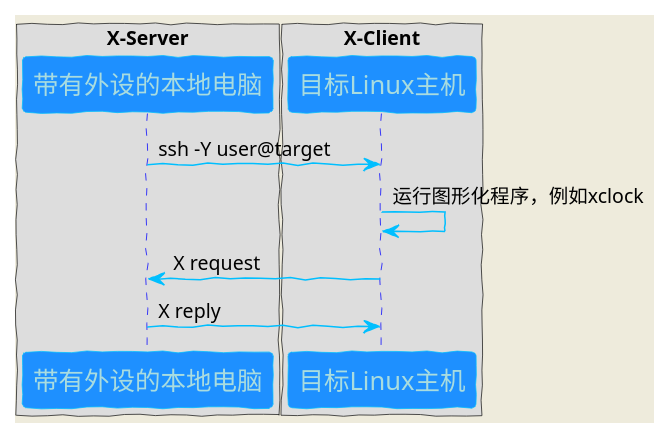
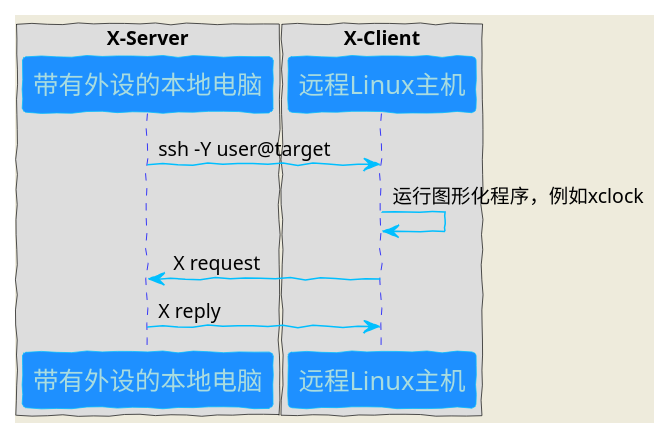
One commit to liuyehcf/BlogSource changed the diagram in _posts/Linux-常用命令.md. Above: the diagram before and after it, drawn with PlantUML. The commit also changed other lines of this file, not shown here.

````diff
--- a/_posts/Linux-常用命令.md
+++ b/_posts/Linux-常用命令.md
@@ -3112,35 +3112,35 @@
 ```plantuml
 skinparam backgroundColor #EEEBDC
 skinparam handwritten true
 
 skinparam sequence {
 	ArrowColor DeepSkyBlue
 	ActorBorderColor DeepSkyBlue
 	LifeLineBorderColor blue
 	LifeLineBackgroundColor #A9DCDF
 	
 	ParticipantBorderColor DeepSkyBlue
 	ParticipantBackgroundColor DodgerBlue
 	ParticipantFontName Impact
 	ParticipantFontSize 17
 	ParticipantFontColor #A9DCDF
 	
 	ActorBackgroundColor aqua
 	ActorFontColor DeepSkyBlue
 	ActorFontSize 17
 	ActorFontName Aapex
 }
 
 box "X-Server"
 participant X_Server as "带有外设的本地电脑"
 end box
 
 box "X-Client"
-participant X_Client as "目标Linux主机"
+participant X_Client as "远程Linux主机"
 end box
 
 X_Server -> X_Client: ssh -Y user@target
 X_Client -> X_Client: 运行图形化程序，例如xclock
 X_Client -> X_Server: X request
 X_Server -> X_Client: X reply
 ```
````
